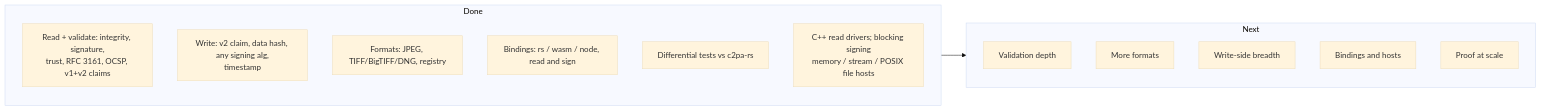
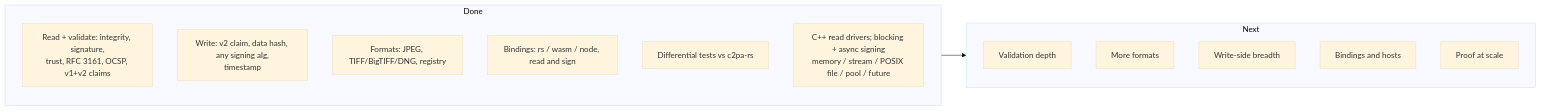
One commit to scouten/state-machine-experiment changed the diagram in docs/walkthrough/09-future.md. Above: the diagram before and after it, drawn with Mermaid (base theme). The commit also changed other lines of this file and 8 other files, not shown here.

First line of the commit message:
feat(cpp): add phase-four async signing drivers

````diff
--- a/docs/walkthrough/09-future.md
+++ b/docs/walkthrough/09-future.md
@@ -8,21 +8,21 @@
 ```mermaid
 flowchart LR
     subgraph done["Done"]
         direction TB
         d1["Read + validate: integrity, signature,<br/>trust, RFC 3161, OCSP, v1+v2 claims"]
         d2["Write: v2 claim, data hash, any signing alg,<br/>timestamp"]
         d3["Formats: JPEG, TIFF/BigTIFF/DNG, registry"]
         d4["Bindings: rs / wasm / node, read and sign"]
         d5["Differential tests vs c2pa-rs"]
-        d6["C++ read drivers; blocking signing<br/>memory / stream / POSIX file hosts"]
+        d6["C++ read drivers; blocking + async signing<br/>memory / stream / POSIX file / pool / future"]
     end
     subgraph next["Next"]
         direction TB
         n1["Validation depth"]
         n2["More formats"]
         n3["Write-side breadth"]
         n4["Bindings and hosts"]
         n5["Proof at scale"]
     end
     done --> next
 ```
````
